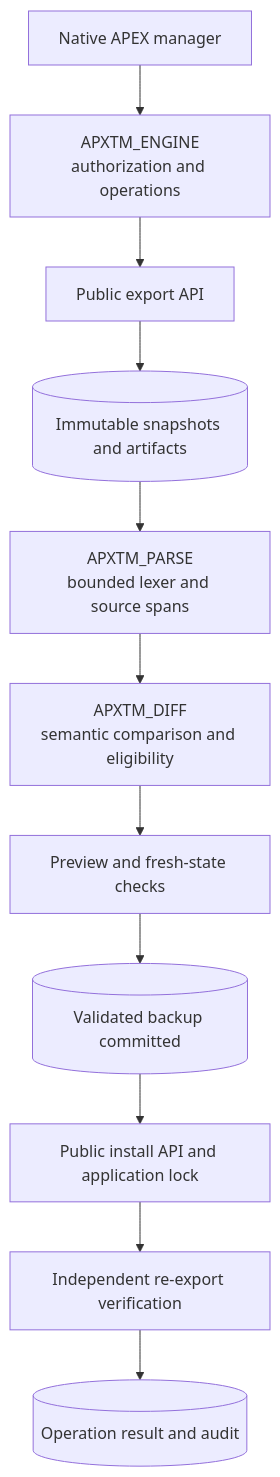
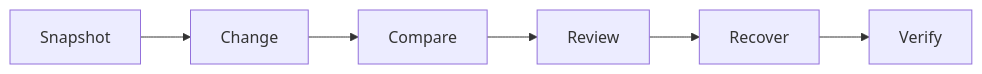
Before and after one commit to B2DEV-TECH/apx-theme-manager: the diagram in README.md, drawn with Mermaid. The commit also changed other lines of this file and 71 other files, not shown here.

Commit message:
Verify native recovery workflow and harden export identity and history access

````diff
--- a/README.md
+++ b/README.md
@@ -51,13 +70,8 @@
 ```mermaid
-flowchart TD
-  UI[Native APEX manager] --> E[APXTM_ENGINE<br/>authorization and operations]
-  E --> X[Public export API]
-  X --> S[(Immutable snapshots and artifacts)]
-  S --> P[APXTM_PARSE<br/>bounded lexer and source spans]
-  P --> D[APXTM_DIFF<br/>semantic comparison and eligibility]
-  D --> V[Preview and fresh-state checks]
-  V --> B[(Validated backup committed)]
-  B --> I[Public install API and application lock]
-  I --> C[Independent re-export verification]
-  C --> A[(Operation result and audit)]
+flowchart LR
+  S[Snapshot] --> C[Change]
+  C --> D[Compare]
+  D --> P[Review]
+  P --> R[Recover]
+  R --> V[Verify]
 ```
````
